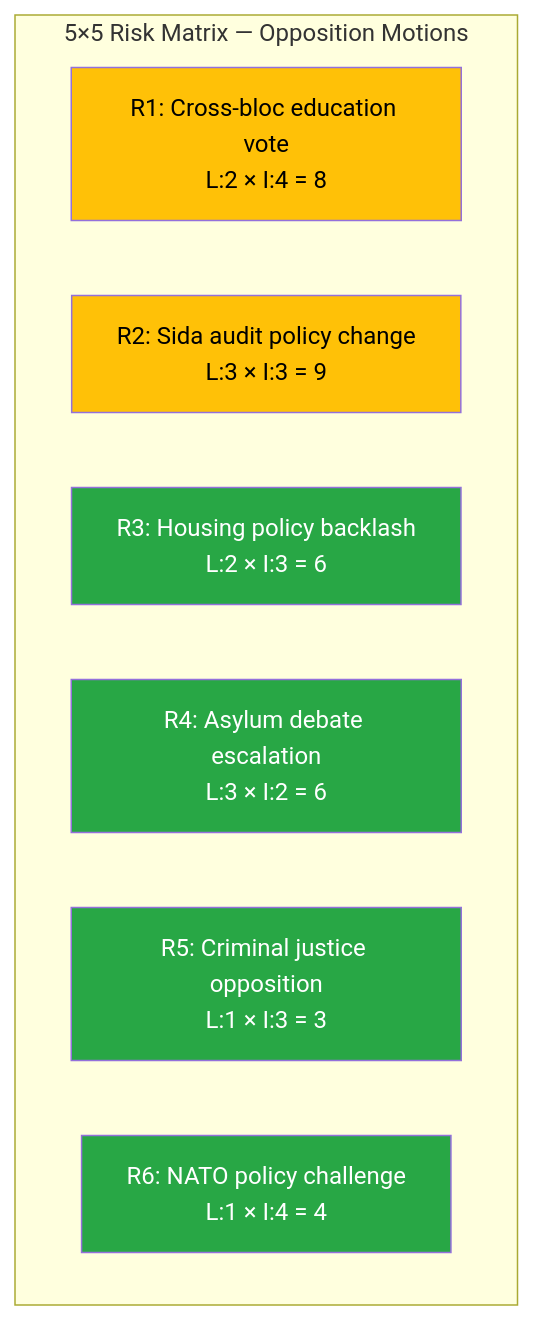
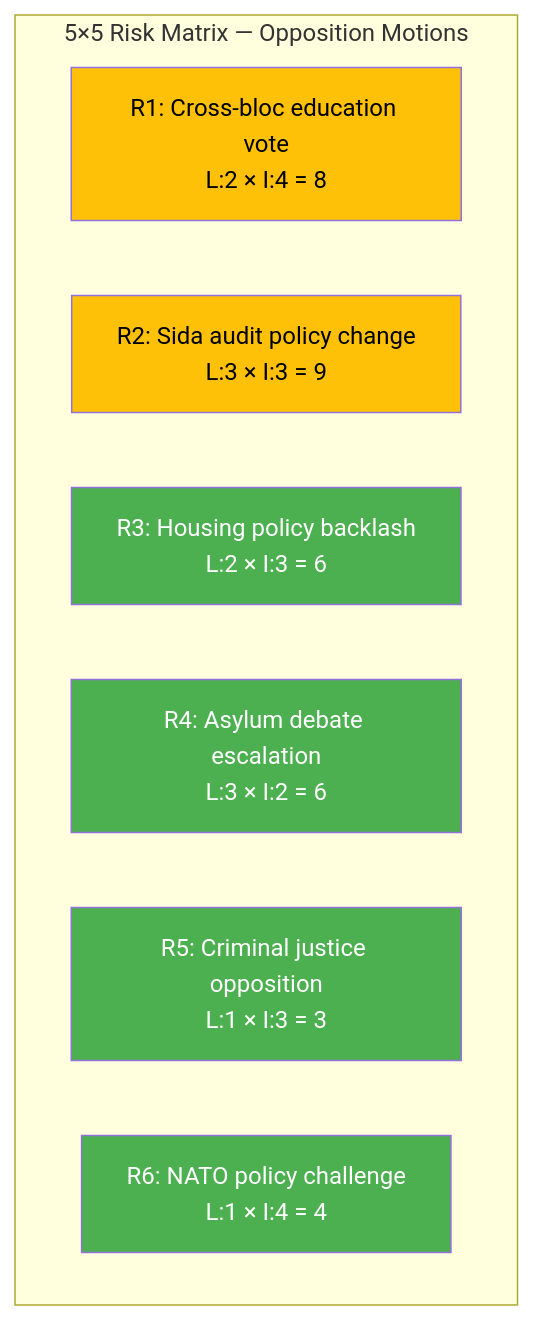
Before and after one commit to Hack23/riksdagsmonitor: the diagram in analysis/daily/2026-04-14/motions/risk-assessment.md, drawn with Mermaid. The commit also changed 785 other files, not shown here.

First line of the commit message:
Normalize mermaid colors across 786 analysis artifacts to ISMS Style Guide palette

````diff
--- a/analysis/daily/2026-04-14/motions/risk-assessment.md
+++ b/analysis/daily/2026-04-14/motions/risk-assessment.md
@@ -24,17 +24,17 @@
 ```mermaid
 graph TD
     subgraph "5×5 Risk Matrix — Opposition Motions"
         R1["R1: Cross-bloc education vote<br/>L:2 × I:4 = 8"]
         R2["R2: Sida audit policy change<br/>L:3 × I:3 = 9"]
         R3["R3: Housing policy backlash<br/>L:2 × I:3 = 6"]
         R4["R4: Asylum debate escalation<br/>L:3 × I:2 = 6"]
         R5["R5: Criminal justice opposition<br/>L:1 × I:3 = 3"]
         R6["R6: NATO policy challenge<br/>L:1 × I:4 = 4"]
     end
-    style R1 fill:#ffc107,color:#000
-    style R2 fill:#ffc107,color:#000
-    style R3 fill:#28a745,color:#fff
-    style R4 fill:#28a745,color:#fff
-    style R5 fill:#28a745,color:#fff
-    style R6 fill:#28a745,color:#fff
+    style R1 fill:#FFC107,color:#000000
+    style R2 fill:#FFC107,color:#000000
+    style R3 fill:#4CAF50,color:#FFFFFF
+    style R4 fill:#4CAF50,color:#FFFFFF
+    style R5 fill:#4CAF50,color:#FFFFFF
+    style R6 fill:#4CAF50,color:#FFFFFF
 ```
````
